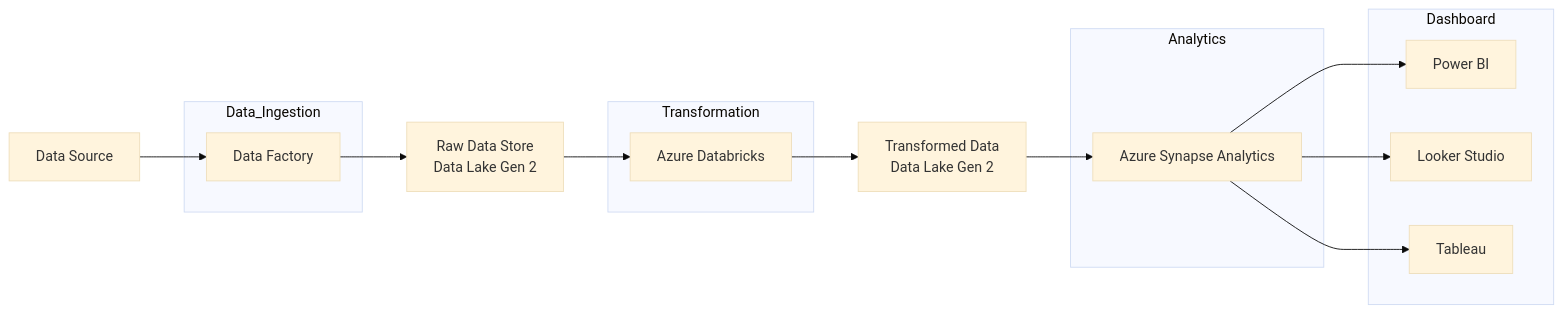
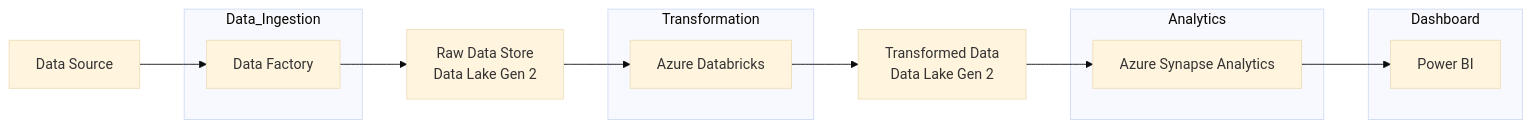
The diagram in README.md (vladtf/datadot-e2e-data-pipeline), drawn with Mermaid (base theme) before and after one commit.

Commit message:
Remove Looker Studio and Tableau from the architecture diagram in README.md

````diff
--- a/README.md
+++ b/README.md
@@ -9,29 +9,25 @@
 ```mermaid
 flowchart LR
     DataSource[Data Source] --> DataFactory[Data Factory]
     DataFactory --> RawDataStore[Raw Data Store\nData Lake Gen 2]
     RawDataStore --> AzureDatabricks[Azure Databricks]
     AzureDatabricks --> TransformedDataStore[Transformed Data\nData Lake Gen 2]
     TransformedDataStore --> AzureSynapse[Azure Synapse Analytics]
     AzureSynapse --> PowerBI[Power BI]
-    AzureSynapse --> LookerStudio[Looker Studio]
-    AzureSynapse --> Tableau[Tableau]
 
     subgraph Data_Ingestion
         DataFactory
     end
 
     subgraph Transformation
         AzureDatabricks
     end
 
     subgraph Analytics
         AzureSynapse
     end
 
     subgraph Dashboard
         PowerBI
-        LookerStudio
-        Tableau
     end
 ```
````
